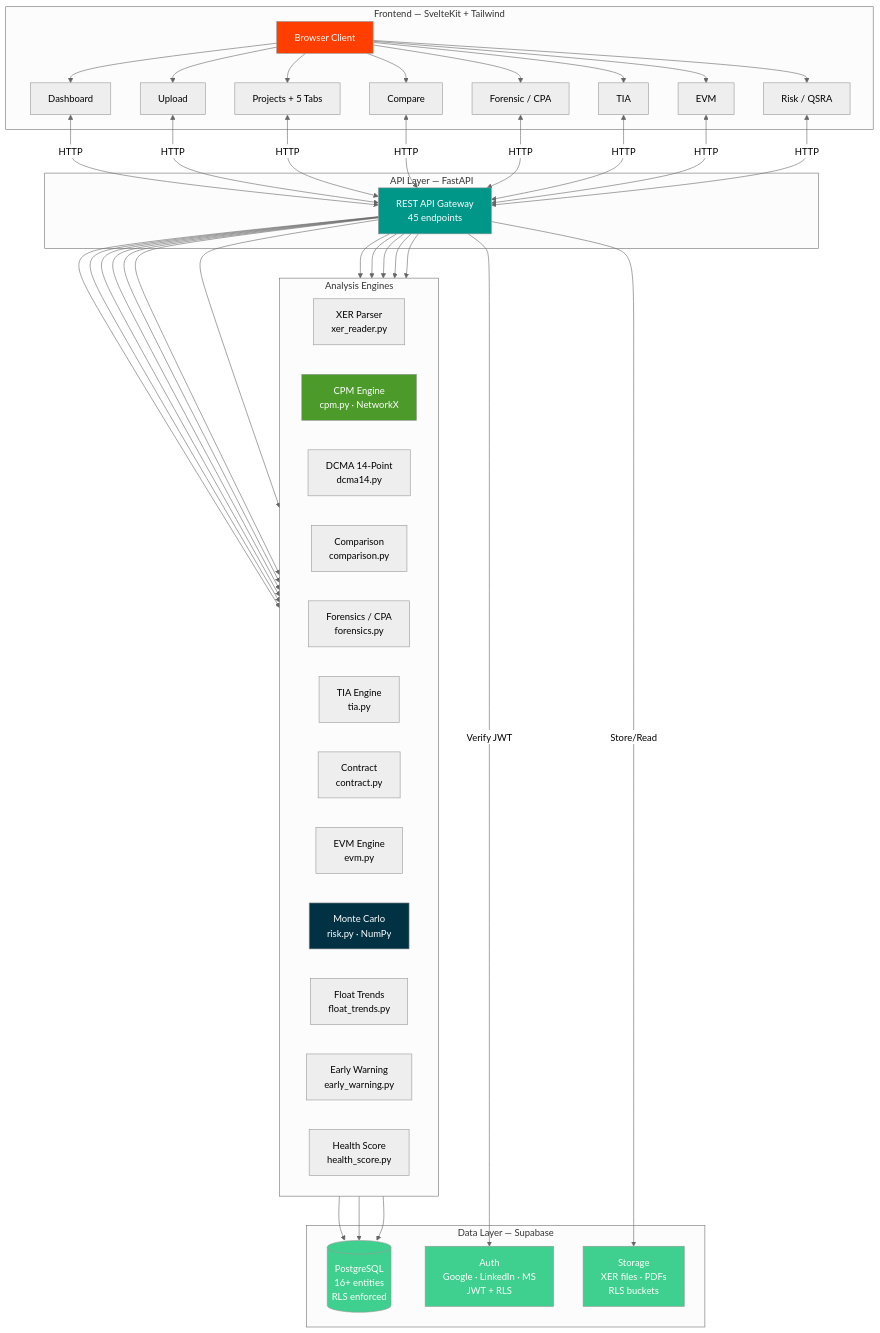
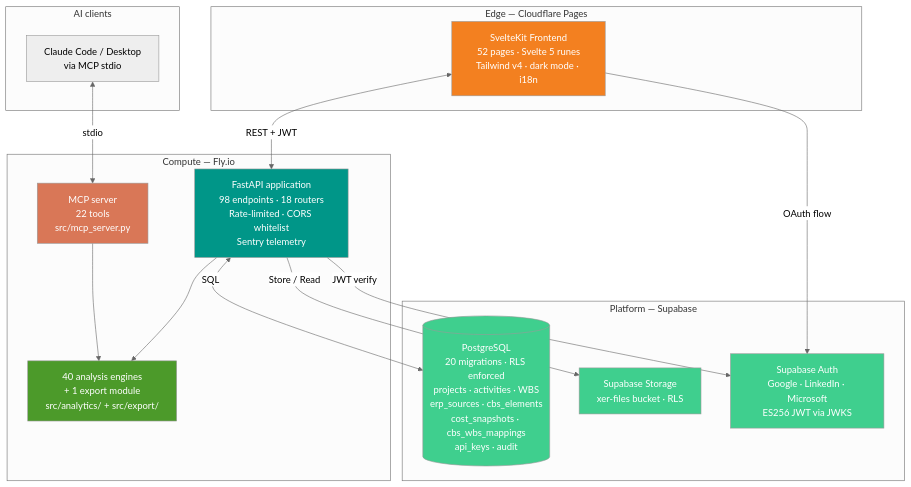
Before and after one commit to VitorMRodovalho/meridianiq: the first of 8 diagrams in docs/architecture.md, drawn with Mermaid (neutral theme). The commit also changed other lines of this file, not shown here.

First line of the commit message:
docs: refresh architecture.md for v3.6.0 state

````diff
--- a/docs/architecture.md
+++ b/docs/architecture.md
@@ -8,67 +10,39 @@
 ```mermaid
 graph TB
-    subgraph "Frontend — SvelteKit + Tailwind"
-        UI[Browser Client]
-        UI --> Dashboard[Dashboard]
-        UI --> Upload[Upload]
-        UI --> Projects[Projects + 5 Tabs]
-        UI --> Compare[Compare]
-        UI --> Forensic[Forensic / CPA]
-        UI --> TIA[TIA]
-        UI --> EVM[EVM]
-        UI --> Risk[Risk / QSRA]
+    subgraph "Edge — Cloudflare Pages"
+        UI[SvelteKit Frontend<br/>52 pages · Svelte 5 runes<br/>Tailwind v4 · dark mode · i18n]
     end
 
-    subgraph "API Layer — FastAPI"
-        API[REST API Gateway<br/>45 endpoints]
+    subgraph "Compute — Fly.io"
+        API[FastAPI application<br/>98 endpoints · 18 routers<br/>Rate-limited · CORS whitelist<br/>Sentry telemetry]
+        ENGINES[40 analysis engines<br/>+ 1 export module<br/>src/analytics/ + src/export/]
+        MCP[MCP server<br/>22 tools<br/>src/mcp_server.py]
+        API --> ENGINES
+        MCP --> ENGINES
     end
 
-    subgraph "Analysis Engines"
-        direction LR
-        P[XER Parser<br/>xer_reader.py]
-        CPM[CPM Engine<br/>cpm.py · NetworkX]
-        DCMA[DCMA 14-Point<br/>dcma14.py]
-        COMP[Comparison<br/>comparison.py]
-        FOR[Forensics / CPA<br/>forensics.py]
-        TIA_E[TIA Engine<br/>tia.py]
-        CON[Contract<br/>contract.py]
-        EVM_E[EVM Engine<br/>evm.py]
-        RISK[Monte Carlo<br/>risk.py · NumPy]
-        FT[Float Trends<br/>float_trends.py]
-        EW[Early Warning<br/>early_warning.py]
-        HS[Health Score<br/>health_score.py]
+    subgraph "Platform — Supabase"
+        AUTH["Supabase Auth<br/>Google · LinkedIn · Microsoft<br/>ES256 JWT via JWKS"]
+        DB[("PostgreSQL<br/>20 migrations · RLS enforced<br/>projects · activities · WBS<br/>erp_sources · cbs_elements<br/>cost_snapshots · cbs_wbs_mappings<br/>api_keys · audit")]
+        STORAGE["Supabase Storage<br/>xer-files bucket · RLS"]
     end
 
-    subgraph "Data Layer — Supabase"
-        DB[("PostgreSQL<br/>16+ entities<br/>RLS enforced")]
-        AUTH["Auth<br/>Google · LinkedIn · MS<br/>JWT + RLS"]
-        STORAGE["Storage<br/>XER files · PDFs<br/>RLS buckets"]
+    subgraph "AI clients"
+        CLAUDE[Claude Code / Desktop<br/>via MCP stdio]
     end
 
-    Dashboard & Upload & Projects & Compare & Forensic & TIA & EVM & Risk <-->|HTTP| API
-    API --> P
-    API --> CPM
-    API --> DCMA
-    API --> COMP
-    API --> FOR
-    API --> TIA_E
-    API --> CON
-    API --> EVM_E
-    API --> RISK
-    API --> FT
-    API --> EW
-    API --> HS
-    P --> DB
-    CPM --> DB
-    COMP --> DB
-    API -->|"Verify JWT"| AUTH
-    API -->|"Store/Read"| STORAGE
+    UI <-->|REST + JWT| API
+    CLAUDE <-->|stdio| MCP
+    API <-->|SQL| DB
+    API -->|Store / Read| STORAGE
+    API -->|JWT verify| AUTH
+    UI -->|OAuth flow| AUTH
 
-    style UI fill:#FF3E00,color:#fff
+    style UI fill:#F38020,color:#fff
     style API fill:#009688,color:#fff
-    style CPM fill:#4C9A2A,color:#fff
-    style RISK fill:#013243,color:#fff
+    style ENGINES fill:#4C9A2A,color:#fff
+    style MCP fill:#D97757,color:#fff
     style DB fill:#3FCF8E,color:#fff
     style AUTH fill:#3FCF8E,color:#fff
     style STORAGE fill:#3FCF8E,color:#fff
 ```
````
